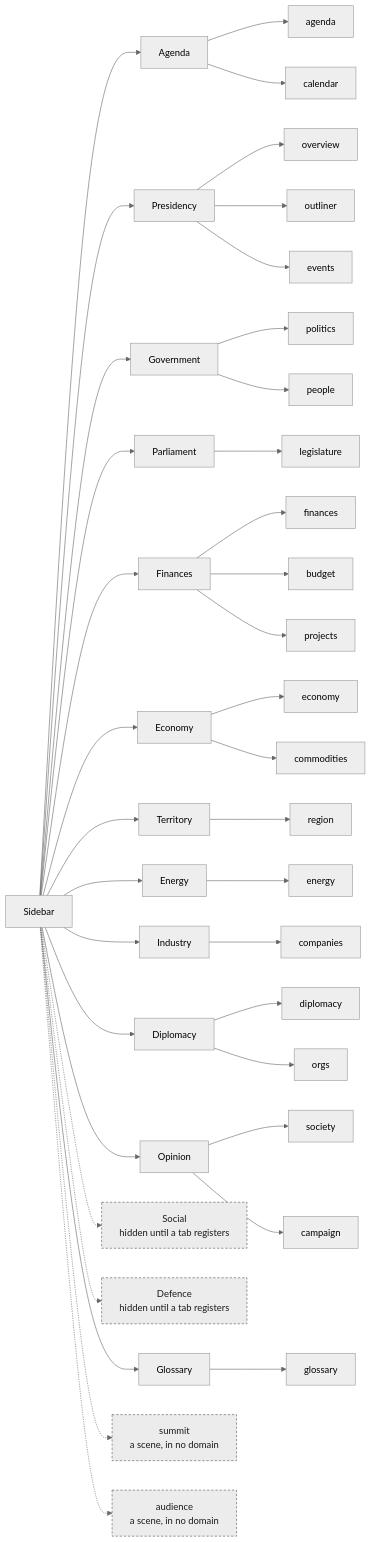
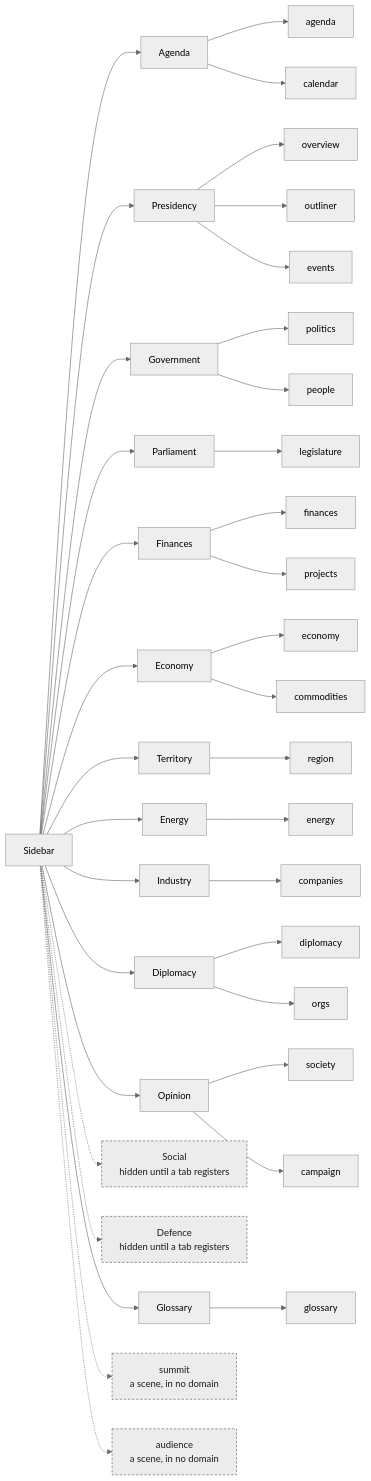
The diagram in docs/shell.md (powerbassist/World-simulator), drawn with Mermaid (neutral theme) before and after one commit. The commit also changed 27 other files, not shown here.

````diff
--- a/docs/shell.md
+++ b/docs/shell.md
@@ -25,42 +25,41 @@
 ```mermaid
 flowchart LR
   sb["Sidebar"]
   sb --> d_agenda["Agenda"]
   d_agenda --> t_agenda["agenda"]
   d_agenda --> t_calendar["calendar"]
   sb --> d_presidency["Presidency"]
   d_presidency --> t_overview["overview"]
   d_presidency --> t_outliner["outliner"]
   d_presidency --> t_events["events"]
   sb --> d_government["Government"]
   d_government --> t_politics["politics"]
   d_government --> t_people["people"]
   sb --> d_parliament["Parliament"]
   d_parliament --> t_legislature["legislature"]
   sb --> d_finances["Finances"]
   d_finances --> t_finances["finances"]
-  d_finances --> t_budget["budget"]
   d_finances --> t_projects["projects"]
   sb --> d_economy["Economy"]
   d_economy --> t_economy["economy"]
   d_economy --> t_commodities["commodities"]
   sb --> d_territory["Territory"]
   d_territory --> t_region["region"]
   sb --> d_energy["Energy"]
   d_energy --> t_energy["energy"]
   sb --> d_industry["Industry"]
   d_industry --> t_companies["companies"]
   sb --> d_diplomacy["Diplomacy"]
   d_diplomacy --> t_diplomacy["diplomacy"]
   d_diplomacy --> t_orgs["orgs"]
   sb --> d_opinion["Opinion"]
   d_opinion --> t_society["society"]
   d_opinion --> t_campaign["campaign"]
   sb -.-> d_social["Social<br/>hidden until a tab registers"]:::hidden
   sb -.-> d_defence["Defence<br/>hidden until a tab registers"]:::hidden
   sb --> d_glossary["Glossary"]
   d_glossary --> t_glossary["glossary"]
   sb -.-> s_summit["summit<br/>a scene, in no domain"]:::hidden
   sb -.-> s_audience["audience<br/>a scene, in no domain"]:::hidden
   classDef hidden stroke-dasharray:4 3,fill:#ececec,stroke:#555,color:#1a1a1a
 ```
````
